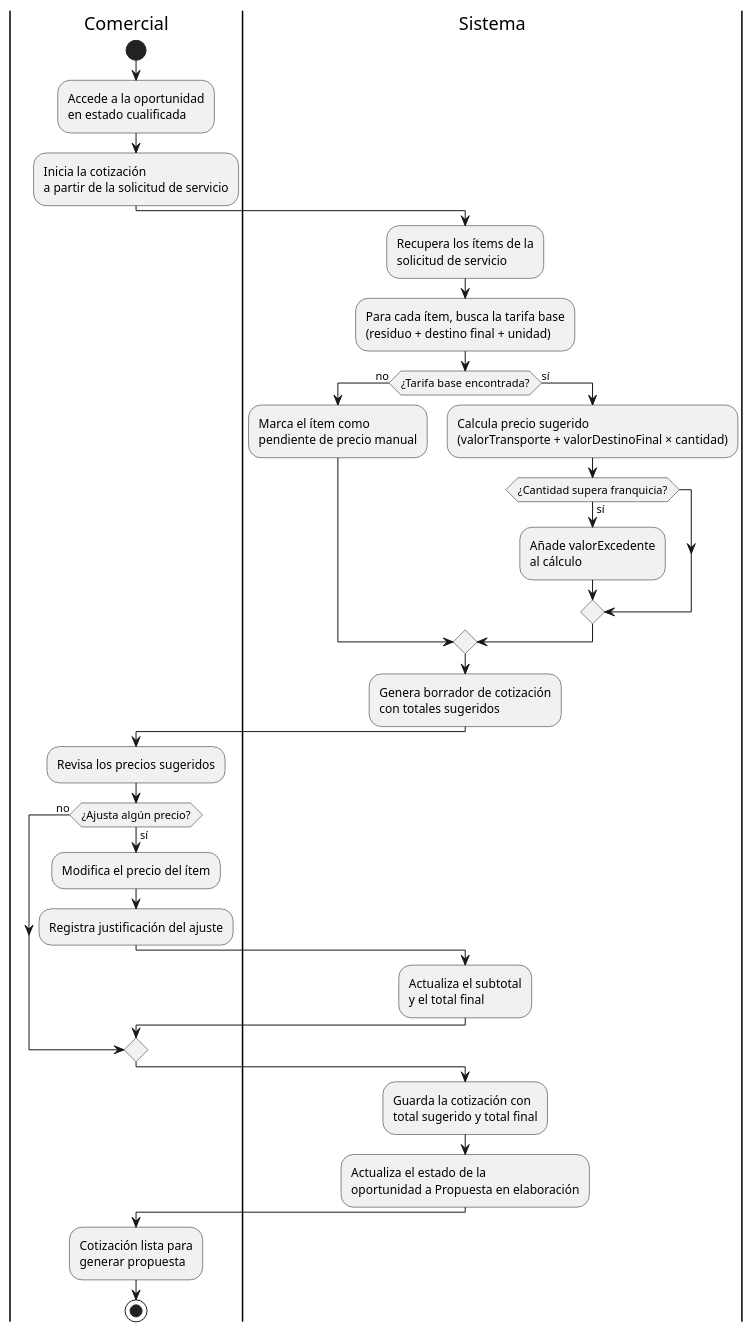
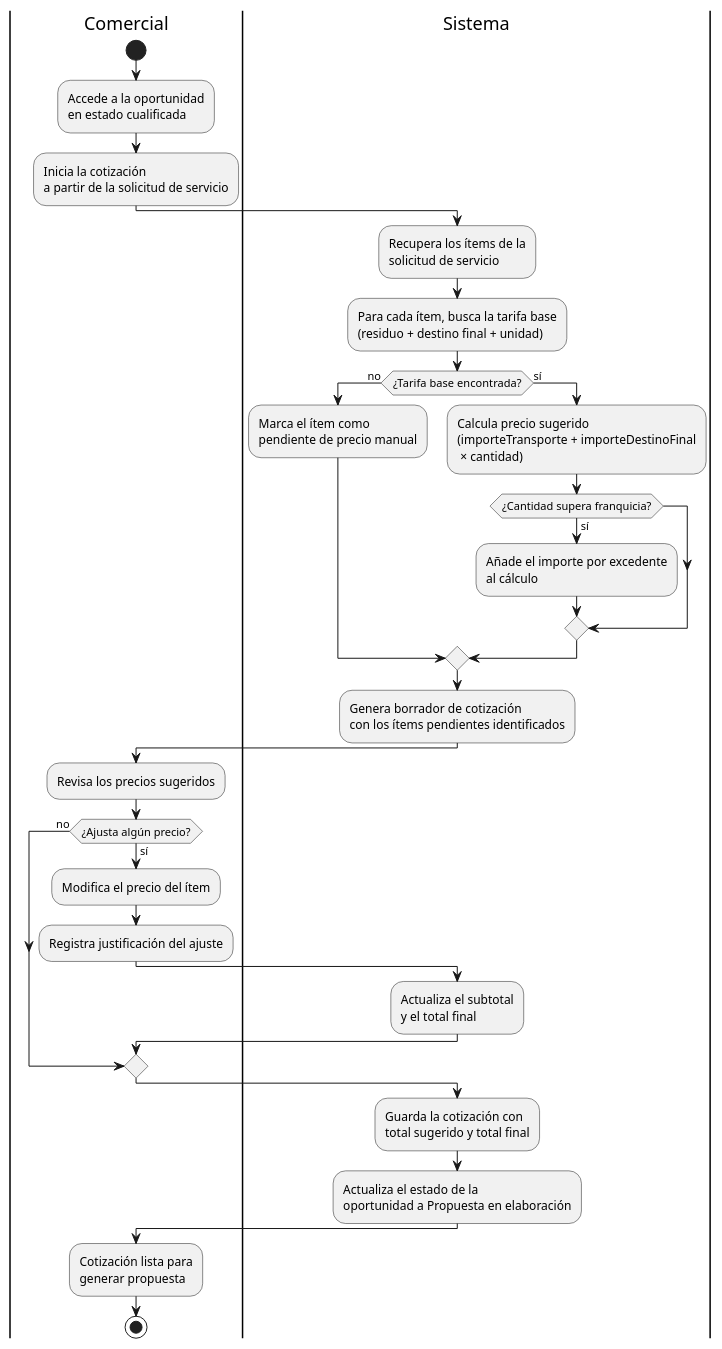
One commit to BrendaLopes/TFG-CRM-BROOKS changed the diagram in docs/diagramas/casos_de_uso/cu05-generar-cotizacion.puml. Above: the diagram before and after it, drawn with PlantUML. The commit also changed 10 other files, not shown here.

```diff
--- a/docs/diagramas/casos_de_uso/cu05-generar-cotizacion.puml
+++ b/docs/diagramas/casos_de_uso/cu05-generar-cotizacion.puml
@@ -1,43 +1,43 @@
 @startuml
 skinparam shadowing false
 
 |Comercial|
 start
 :Accede a la oportunidad\nen estado cualificada;
 :Inicia la cotización\na partir de la solicitud de servicio;
 
 |Sistema|
 :Recupera los ítems de la\nsolicitud de servicio;
 :Para cada ítem, busca la tarifa base\n(residuo + destino final + unidad);
 
 if (¿Tarifa base encontrada?) then (no)
   :Marca el ítem como\npendiente de precio manual;
 else (sí)
-  :Calcula precio sugerido\n(valorTransporte + valorDestinoFinal × cantidad);
+  :Calcula precio sugerido\n(importeTransporte + importeDestinoFinal\n × cantidad);
   if (¿Cantidad supera franquicia?) then (sí)
-    :Añade valorExcedente\nal cálculo;
+    :Añade el importe por excedente\nal cálculo;
   endif
 endif
 
-:Genera borrador de cotización\ncon totales sugeridos;
+:Genera borrador de cotización\ncon los ítems pendientes identificados;
 
 |Comercial|
 :Revisa los precios sugeridos;
 
 if (¿Ajusta algún precio?) then (sí)
   :Modifica el precio del ítem;
   :Registra justificación del ajuste;
   |Sistema|
   :Actualiza el subtotal\ny el total final;
   |Comercial|
 else (no)
 endif
 
 |Sistema|
 :Guarda la cotización con\ntotal sugerido y total final;
 :Actualiza el estado de la\noportunidad a Propuesta en elaboración;
 
 |Comercial|
 :Cotización lista para\ngenerar propuesta;
 stop
 @enduml
```
